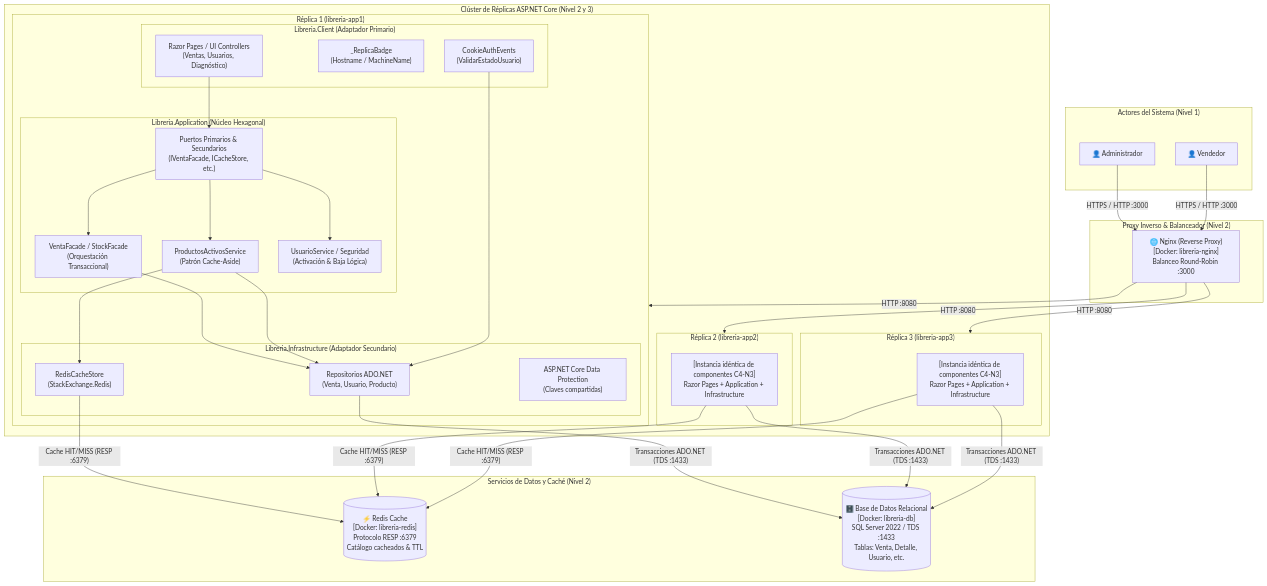
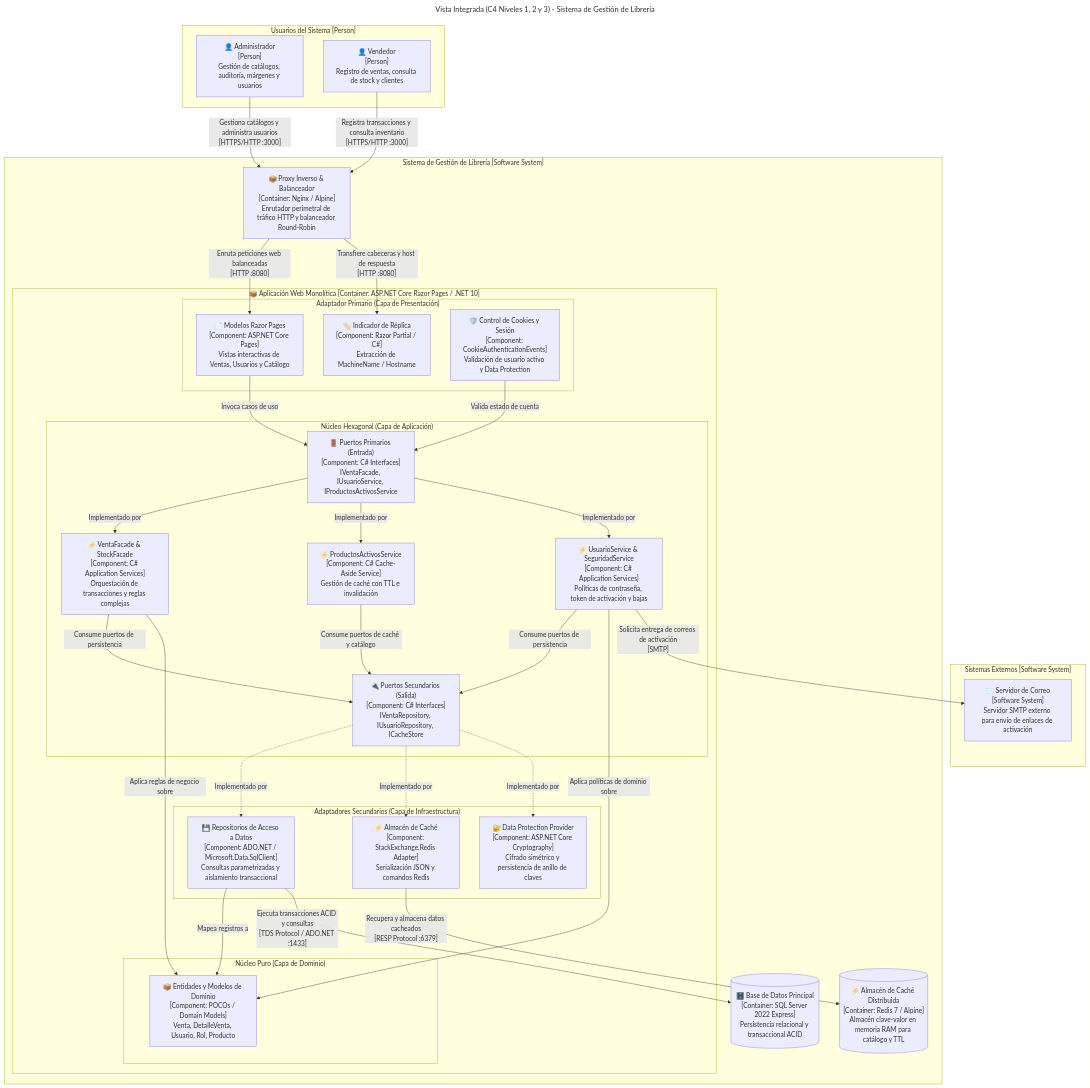
One commit to Lackio-EL-14/Proyecto_Libreria_arqsoft changed the fourth of 5 diagrams in docs/INFORME_TECNICO_2DO_ENTREGABLE.md. Above: the diagram before and after it, drawn with Mermaid. The commit also changed other lines of this file, not shown here.

Commit message:
fix(docs): corregir sintaxis mermaid y ajustar diagramas C4 Nivel 2 y Vista Integrada

````diff
--- a/docs/INFORME_TECNICO_2DO_ENTREGABLE.md
+++ b/docs/INFORME_TECNICO_2DO_ENTREGABLE.md
@@ -254,72 +245,84 @@
 ```mermaid
+---
+title: Vista Integrada (C4 Niveles 1, 2 y 3) - Sistema de Gestión de Librería
+---
 graph TB
-    subgraph Actores["Actores del Sistema (Nivel 1)"]
-        Admin["👤 Administrador"]
-        Vendedor["👤 Vendedor"]
+    %% NIVEL 1: ACTORES Y SISTEMAS EXTERNOS
+    subgraph Actores["Usuarios del Sistema [Person]"]
+        Admin["👤 Administrador<br>[Person]<br>Gestión de catálogos, auditoría, márgenes y usuarios"]
+        Vendedor["👤 Vendedor<br>[Person]<br>Registro de ventas, consulta de stock y clientes"]
     end
 
-    subgraph Perimetro["Proxy Inverso & Balanceador (Nivel 2)"]
-        Nginx["🌐 Nginx (Reverse Proxy)<br>[Docker: libreria-nginx]<br>Balanceo Round-Robin :3000"]
+    subgraph Externos["Sistemas Externos [Software System]"]
+        ServidorCorreo["✉️ Servidor de Correo<br>[Software System]<br>Servidor SMTP externo para envío de enlaces de activación"]
     end
 
-    Admin -->|HTTPS / HTTP :3000| Nginx
-    Vendedor -->|HTTPS / HTTP :3000| Nginx
+    %% NIVEL 2: LÍMITE EXTERIOR DEL SOFTWARE SYSTEM
+    subgraph SistemaLibreria["Sistema de Gestión de Librería [Software System]"]
 
-    subgraph Clúster["Clúster de Réplicas ASP.NET Core (Nivel 2 y 3)"]
+        Nginx["📦 Proxy Inverso & Balanceador<br>[Container: Nginx / Alpine]<br>Enrutador perimetral de tráfico HTTP y balanceador Round-Robin"]
         
-        subgraph App1["Réplica 1 (libreria-app1)"]
-            subgraph Client1["Libreria.Client (Adaptador Primario)"]
-                Razor1["Razor Pages / UI Controllers<br>(Ventas, Usuarios, Diagnóstico)"]
-                ReplicaBadge1["_ReplicaBadge<br>(Hostname / MachineName)"]
-                AuthEvents1["CookieAuthEvents<br>(ValidarEstadoUsuario)"]
+        RedisServer[("⚡ Almacén de Caché Distribuida<br>[Container: Redis 7 / Alpine]<br>Almacén clave-valor en memoria RAM para catálogo y TTL")]
+        
+        Database[("🗄️ Base de Datos Principal<br>[Container: SQL Server 2022 Express]<br>Persistencia relacional y transaccional ACID")]
+
+        %% NIVEL 3: DETALLE DE COMPONENTES DENTRO DEL CONTENEDOR WEB
+        subgraph ContainerWeb["📦 Aplicación Web Monolítica [Container: ASP.NET Core Razor Pages / .NET 10]"]
+            
+            subgraph ClientLayer["Adaptador Primario (Capa de Presentación)"]
+                RazorPages["📄 Modelos Razor Pages<br>[Component: ASP.NET Core Pages]<br>Vistas interactivas de Ventas, Usuarios y Catálogo"]
+                ReplicaBadge["🏷️ Indicador de Réplica<br>[Component: Razor Partial / C#]<br>Extracción de MachineName / Hostname"]
+                AuthEvents["🛡️ Control de Cookies y Sesión<br>[Component: CookieAuthenticationEvents]<br>Validación de usuario activo y Data Protection"]
             end
 
-            subgraph AppCore1["Libreria.Application (Núcleo Hexagonal)"]
-                VentaFacade1["VentaFacade / StockFacade<br>(Orquestación Transaccional)"]
-                CacheService1["ProductosActivosService<br>(Patrón Cache-Aside)"]
-                UsuarioService1["UsuarioService / Seguridad<br>(Activación & Baja Lógica)"]
-                Ports1["Puertos Primarios & Secundarios<br>(IVentaFacade, ICacheStore, etc.)"]
+            subgraph ApplicationLayer["Núcleo Hexagonal (Capa de Aplicación)"]
+                PrimaryPorts["🚪 Puertos Primarios (Entrada)<br>[Component: C# Interfaces]<br>IVentaFacade, IUsuarioService, IProductosActivosService"]
+                VentaFacade["⚡ VentaFacade & StockFacade<br>[Component: C# Application Services]<br>Orquestación de transacciones y reglas complejas"]
+                ProdService["⚡ ProductosActivosService<br>[Component: C# Cache-Aside Service]<br>Gestión de caché con TTL e invalidación"]
+                UserService["⚡ UsuarioService & SeguridadService<br>[Component: C# Application Services]<br>Políticas de contraseña, token de activación y bajas"]
+                SecondaryPorts["🔌 Puertos Secundarios (Salida)<br>[Component: C# Interfaces]<br>IVentaRepository, IUsuarioRepository, ICacheStore"]
             end
 
-            subgraph Infra1["Libreria.Infrastructure (Adaptador Secundario)"]
-                Repos1["Repositorios ADO.NET<br>(Venta, Usuario, Producto)"]
-                RedisAdapter1["RedisCacheStore<br>(StackExchange.Redis)"]
-                DataProt1["ASP.NET Core Data Protection<br>(Claves compartidas)"]
+            subgraph InfraLayer["Adaptadores Secundarios (Capa de Infraestructura)"]
+                SqlRepos["💾 Repositorios de Acceso a Datos<br>[Component: ADO.NET / Microsoft.Data.SqlClient]<br>Consultas parametrizadas y aislamiento transaccional"]
+                RedisStore["⚡ Almacén de Caché<br>[Component: StackExchange.Redis Adapter]<br>Serialización JSON y comandos Redis"]
+                DataProtectionCfg["🔐 Data Protection Provider<br>[Component: ASP.NET Core Cryptography]<br>Cifrado simétrico y persistencia de anillo de claves"]
             end
 
-            Razor1 --> Ports1
-            Ports1 --> VentaFacade1
-            Ports1 --> CacheService1
-            Ports1 --> UsuarioService1
-            VentaFacade1 --> Repos1
-            CacheService1 --> RedisAdapter1
-            CacheService1 --> Repos1
-            AuthEvents1 --> Repos1
-        end
+            subgraph DomainLayer["Núcleo Puro (Capa de Dominio)"]
+                Entities["📦 Entidades y Modelos de Dominio<br>[Component: POCOs / Domain Models]<br>Venta, DetalleVenta, Usuario, Rol, Producto"]
+            end
 
-        subgraph App2["Réplica 2 (libreria-app2)"]
-            App2Core["[Instancia idéntica de componentes C4-N3]<br>Razor Pages + Application + Infrastructure"]
-        end
+            %% Relaciones internas del Nivel 3 (Componentes)
+            RazorPages -->|"Invoca casos de uso"| PrimaryPorts
+            AuthEvents -->|"Valida estado de cuenta"| PrimaryPorts
+            PrimaryPorts -->|"Implementado por"| VentaFacade
+            PrimaryPorts -->|"Implementado por"| ProdService
+            PrimaryPorts -->|"Implementado por"| UserService
 
-        subgraph App3["Réplica 3 (libreria-app3)"]
-            App3Core["[Instancia idéntica de componentes C4-N3]<br>Razor Pages + Application + Infrastructure"]
+            VentaFacade -->|"Consume puertos de persistencia"| SecondaryPorts
+            ProdService -->|"Consume puertos de caché y catálogo"| SecondaryPorts
+            UserService -->|"Consume puertos de persistencia"| SecondaryPorts
+
+            SecondaryPorts -.->|"Implementado por"| SqlRepos
+            SecondaryPorts -.->|"Implementado por"| RedisStore
+            SecondaryPorts -.->|"Implementado por"| DataProtectionCfg
+
+            SqlRepos -->|"Mapea registros a"| Entities
+            VentaFacade -->|"Aplica reglas de negocio sobre"| Entities
+            UserService -->|"Aplica políticas de dominio sobre"| Entities
         end
     end
 
-    Nginx -->|HTTP :8080| App1
-    Nginx -->|HTTP :8080| App2
-    Nginx -->|HTTP :8080| App3
-
-    subgraph Persistencia["Servicios de Datos y Caché (Nivel 2)"]
-        RedisServer[("⚡ Redis Cache<br>[Docker: libreria-redis]<br>Protocolo RESP :6379<br>Catálogo cacheados & TTL")]
-        Database[("🗄️ Base de Datos Relacional<br>[Docker: libreria-db]<br>SQL Server 2022 / TDS :1433<br>Tablas: Venta, Detalle, Usuario, etc.")]
-    end
-
-    RedisAdapter1 -->|"Cache HIT/MISS (RESP :6379)"| RedisServer
-    App2Core -->|"Cache HIT/MISS (RESP :6379)"| RedisServer
-    App3Core -->|"Cache HIT/MISS (RESP :6379)"| RedisServer
-
-    Repos1 -->|"Transacciones ADO.NET (TDS :1433)"| Database
-    App2Core -->|"Transacciones ADO.NET (TDS :1433)"| Database
-    App3Core -->|"Transacciones ADO.NET (TDS :1433)"| Database
+    %% INTEGRACIÓN DE NIVELES (Flujos de Actores a Contenedores y Componentes)
+    Admin -->|"Gestiona catálogos y administra usuarios<br>[HTTPS/HTTP :3000]"| Nginx
+    Vendedor -->|"Registra transacciones y consulta inventario<br>[HTTPS/HTTP :3000]"| Nginx
+    
+    Nginx -->|"Enruta peticiones web balanceadas<br>[HTTP :8080]"| RazorPages
+    Nginx -->|"Transfiere cabeceras y host de respuesta<br>[HTTP :8080]"| ReplicaBadge
+    
+    SqlRepos -->|"Ejecuta transacciones ACID y consultas<br>[TDS Protocol / ADO.NET :1433]"| Database
+    RedisStore -->|"Recupera y almacena datos cacheados<br>[RESP Protocol :6379]"| RedisServer
+    
+    UserService -->|"Solicita entrega de correos de activación<br>[SMTP]"| ServidorCorreo
 ```
````
